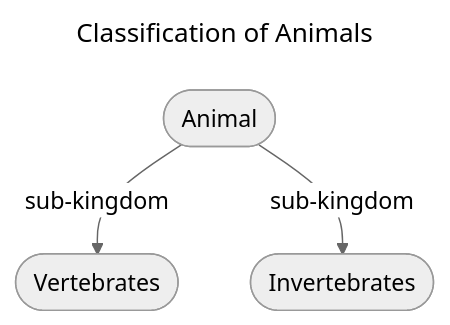
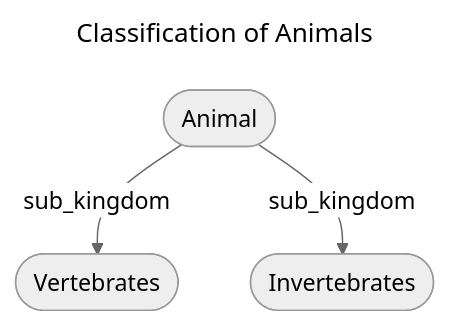
Before and after one commit to johnbeve/PHI-696: the third of 4 diagrams in Project-2/README.md, drawn with Mermaid (neutral theme). The commit also changed other lines of this file, not shown here.

````diff
--- a/Project-2/README.md
+++ b/Project-2/README.md
@@ -130,9 +167,9 @@
 ```mermaid
 ---
 title: Classification of Animals
 ---
 graph TB
-  A([Animal])--sub-kingdom-->B([Vertebrates])
-  A--sub-kingdom-->C([Invertebrates])
+  A([Animal])--sub_kingdom-->B([Vertebrates])
+  A--sub_kingdom-->C([Invertebrates])
   
 ```
````
